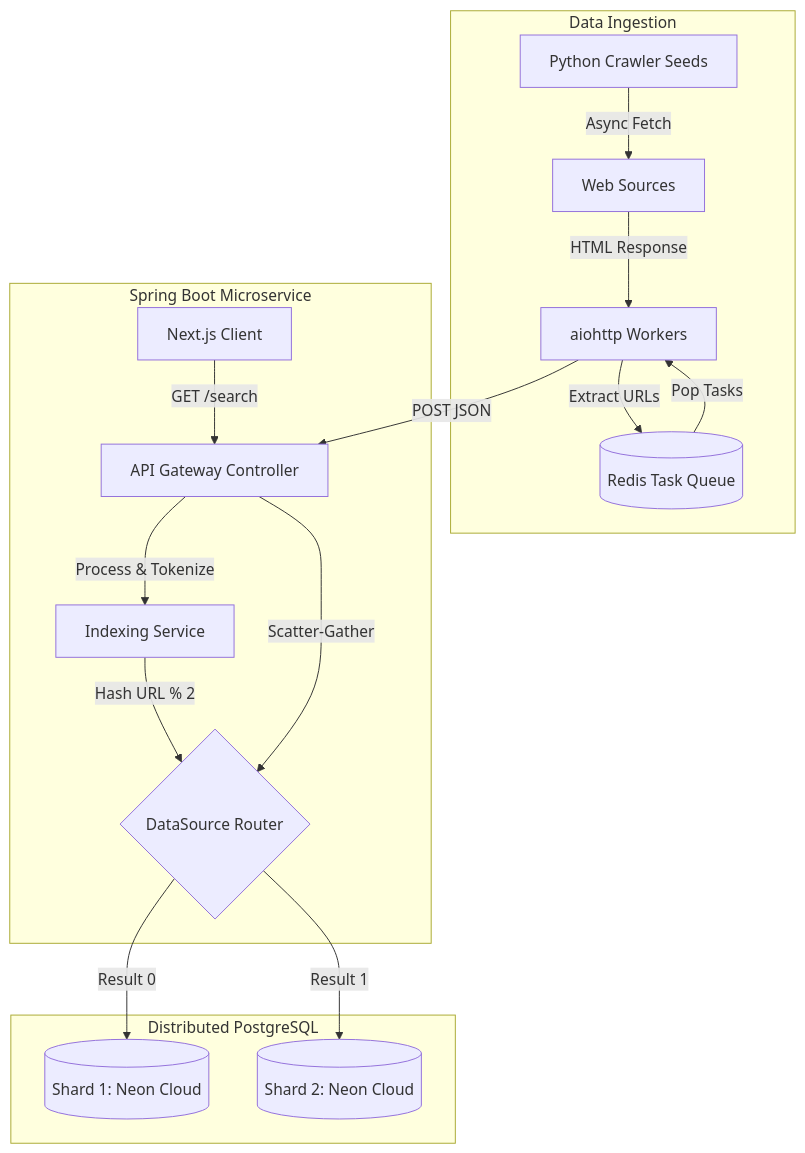
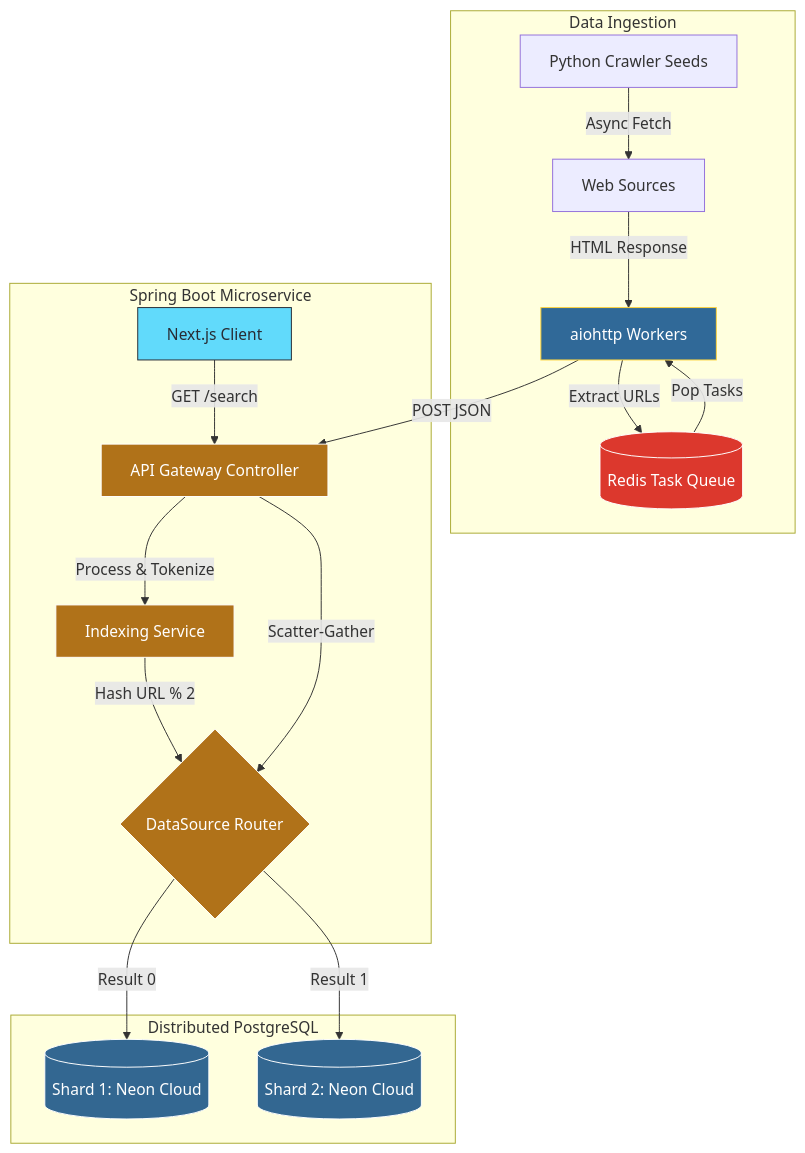
Before and after one commit to mayurs619/Distributed-Search-Engine: the diagram in README.md, drawn with Mermaid. The commit also changed other lines of this file, not shown here.

````diff
--- a/README.md
+++ b/README.md
@@ -9,22 +9,35 @@
 ```mermaid
 graph TD
     subgraph Data Ingestion
         A[Python Crawler Seeds] -->|Async Fetch| B[Web Sources]
         B -->|HTML Response| C[aiohttp Workers]
         C -->|Extract URLs| D[(Redis Task Queue)]
         D -->|Pop Tasks| C
     end
 
     subgraph Spring Boot Microservice
         C -->|POST JSON| E[API Gateway Controller]
         E -->|Process & Tokenize| F[Indexing Service]
         F -->|Hash URL % 2| G{DataSource Router}
         J[Next.js Client] -->|GET /search| E
         E -->|Scatter-Gather| G
     end
 
     subgraph Distributed PostgreSQL
         G -->|Result 0| H[(Shard 1: Neon Cloud)]
         G -->|Result 1| I[(Shard 2: Neon Cloud)]
     end
+    
+    classDef python fill:#306998,stroke:#FFD43B,color:#fff;
+    classDef java fill:#b07219,stroke:#fff,color:#fff;
+    classDef db fill:#336791,stroke:#fff,color:#fff;
+    classDef redis fill:#dc382d,stroke:#fff,color:#fff;
+    classDef react fill:#61dafb,stroke:#282c34,color:#282c34;
+    
+    class C python;
+    class E,F,G java;
+    class H,I db;
+    class D redis;
+    class J react;
+
 ```
````
